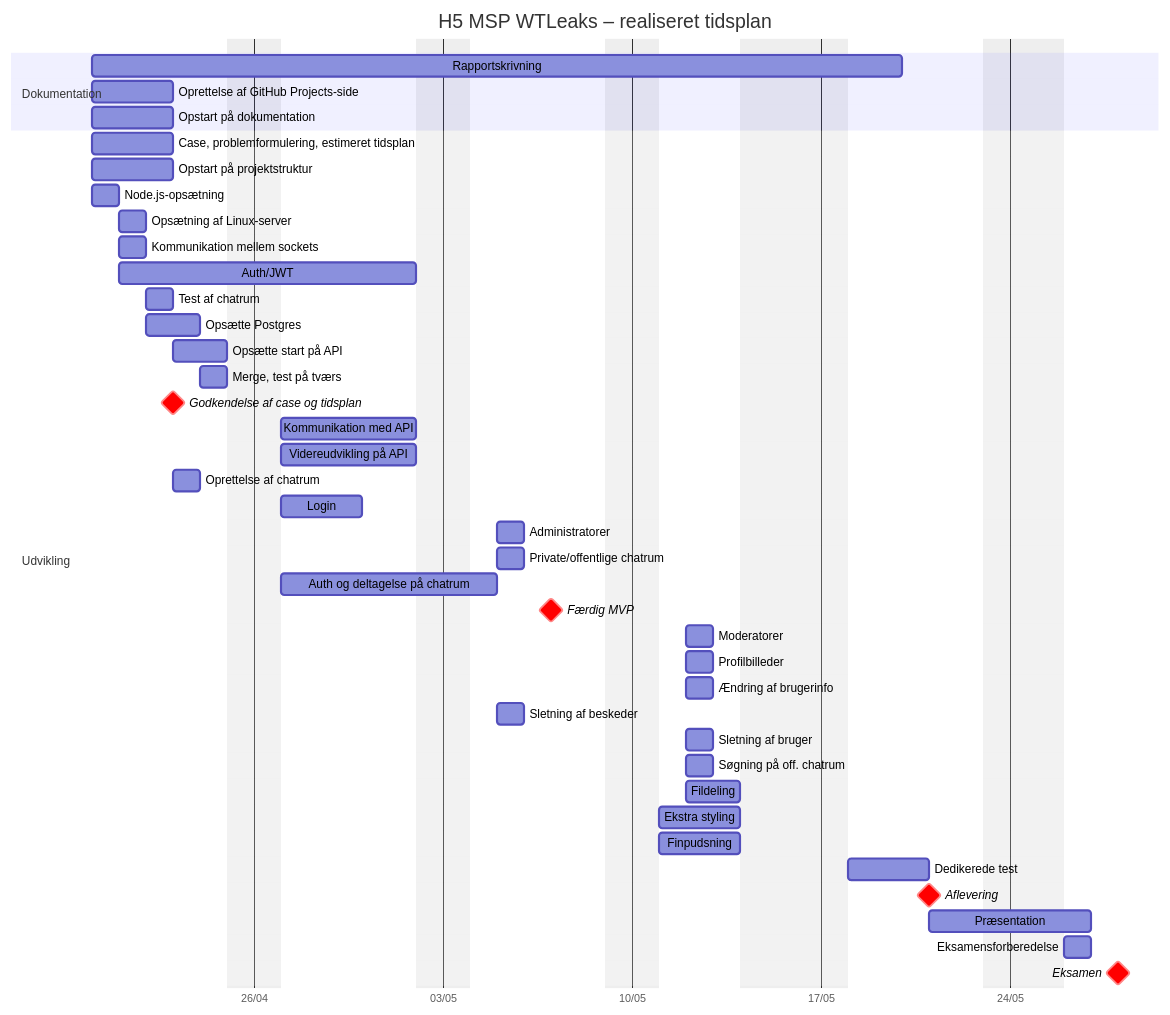
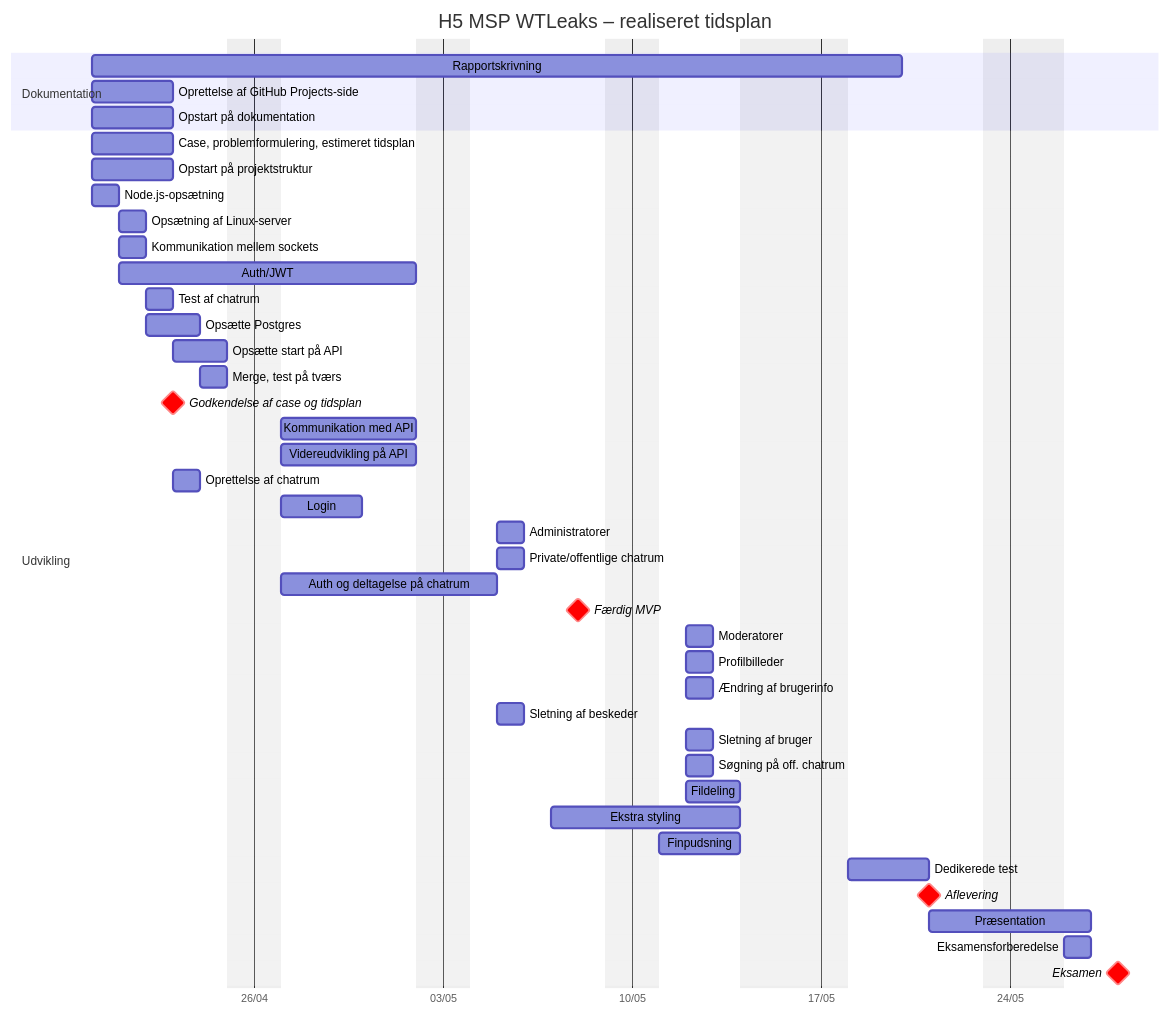
One commit to Mercantec-GHC/h5-msp-wtleaks changed the diagram in Rapport/docs/Realiseret Tidsplan.md. Above: the diagram before and after it, drawn with Mermaid. The commit also changed 5 other files, not shown here.

````diff
--- a/Rapport/docs/Realiseret Tidsplan.md
+++ b/Rapport/docs/Realiseret Tidsplan.md
@@ -3,64 +3,65 @@
 ```mermaid
 ---
 config:
     themeVariables:
         taskTextColor: 'black'
         taskTextOutsideColor: 'black'
 ---
 gantt
     title H5 MSP WTLeaks – realiseret tidsplan
     dateFormat  YYYY-MM-DD
     axisFormat  %d/%m
     excludes  weekends, 2026-05-14, 2026-05-15, 2026-05-25
+    %% todayMarker off
     
     section Dokumentation
     Rapportskrivning  : 2026-04-20, 20d
     Oprettelse af GitHub Projects-side  : 2026-04-20, 3d
     Opstart på dokumentation  : 2026-04-20, 3d
     
     section Udvikling
     %% Uge 1
     Case, problemformulering, estimeret tidsplan  : 2026-04-20, 3d
     Opstart på projektstruktur  : 2026-04-20, 3d
     Node.js-opsætning  : 2026-04-20, 1d
     Opsætning af Linux-server  : 2026-04-21, 1d
     Kommunikation mellem sockets  : 2026-04-21, 1d
     Auth/JWT  : jwt, 2026-04-21, 9d
     Test af chatrum  : 2026-04-22, 1d
     Opsætte Postgres  : 2026-04-22, 2d
     Opsætte start på API  : 2026-04-23, 2d
     Merge, test på tværs  : 2026-04-24, 1d
     Godkendelse af case og tidsplan  : crit, milestone, 2026-04-23, 0d
     
     %% Uge 2
     Kommunikation med API  : 2026-04-27, 5d
     Videreudvikling på API  : 2026-04-27, 5d
     Oprettelse af chatrum  : 2026-04-23, 1d
     Login  : 2026-04-27, 3d
     Administratorer  : 2026-05-05, 1d
     Private/offentlige chatrum  : 2026-05-05, 1d
     Auth og deltagelse på chatrum  : 2026-04-27, 6d
-    Færdig MVP  : crit, milestone, 2026-05-07, 0d
+    Færdig MVP  : crit, milestone, 2026-05-08, 0d
     
     %% Uge 3
     Moderatorer  : 2026-05-12, 1d
     Profilbilleder  : 2026-05-12, 1d
     Ændring af brugerinfo  : 2026-05-12, 1d
     Sletning af beskeder  : 2026-05-05, 1d
     Sletning af bruger  : 2026-05-12, 1d
     Søgning på off. chatrum  : 2026-05-12, 1d
     Fildeling  : 2026-05-12, 2d
     
     %% Uge 4
-    Ekstra styling  : 2026-05-11, 3d
+    Ekstra styling  : 2026-05-7, 5d
     Finpudsning  : 2026-05-11, 3d
     
     %% Uge 5
     Dedikerede test  : 2026-05-18, 3d
     Aflevering  : crit, milestone, 2026-05-21, 0d
     Præsentation  : 2026-05-21, 3d
     
     %% Uge 6
     Eksamensforberedelse  : 2026-05-26, 1d
     Eksamen  : crit, milestone, 2026-05-28, 0d
 ```
````
